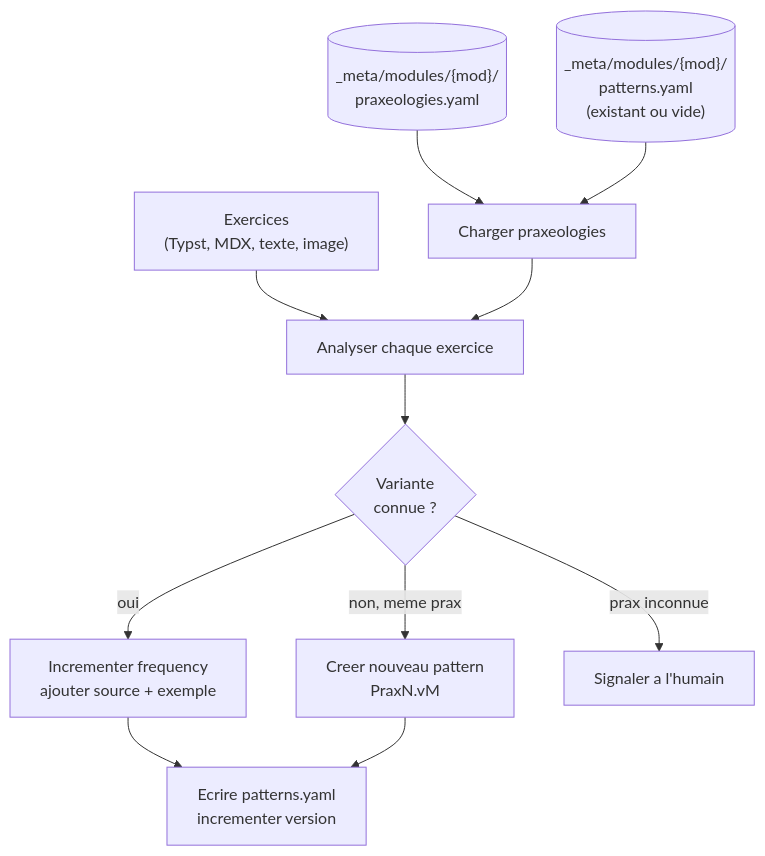
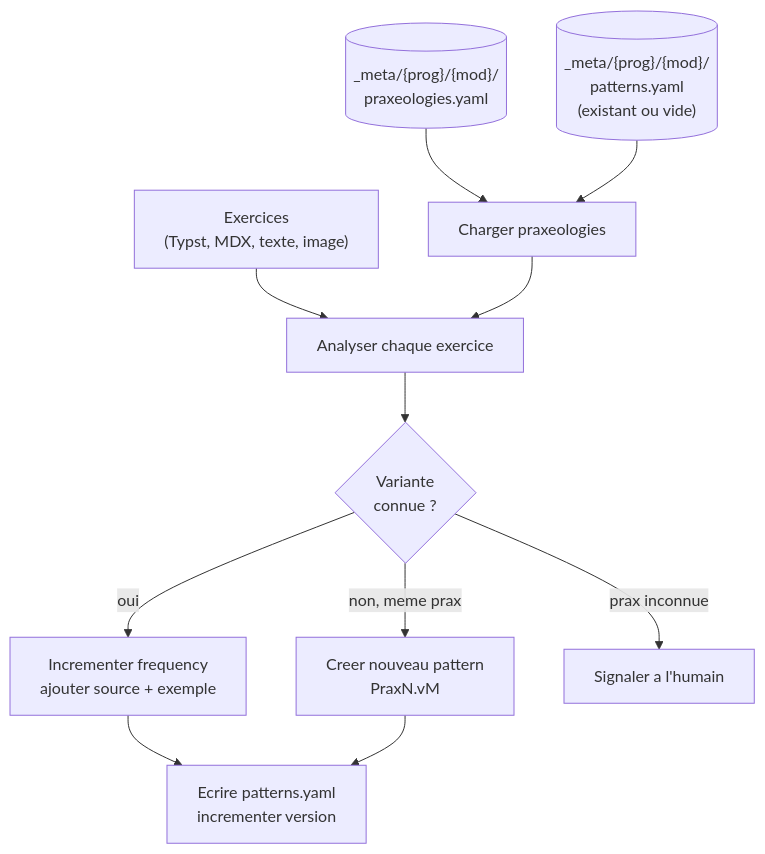
The fourth of 8 diagrams in docs/content-agentic-workflow.md (bilalYezzaGit/learning-web), drawn with Mermaid before and after one commit. The commit also changed other lines of this file and 36 other files, not shown here.

````diff
--- a/docs/content-agentic-workflow.md
+++ b/docs/content-agentic-workflow.md
@@ -188,13 +189,13 @@
 ```mermaid
 flowchart TD
-    KB[("_meta/modules/{mod}/\npraxeologies.yaml")] --> Load["Charger praxeologies"]
-    PAT[("_meta/modules/{mod}/\npatterns.yaml\n(existant ou vide)")] --> Load
+    KB[("_meta/{prog}/{mod}/\npraxeologies.yaml")] --> Load["Charger praxeologies"]
+    PAT[("_meta/{prog}/{mod}/\npatterns.yaml\n(existant ou vide)")] --> Load
     Source["Exercices\n(Typst, MDX, texte, image)"] --> Analyse["Analyser chaque exercice"]
     Load --> Analyse
     Analyse --> Class{"Variante\nconnue ?"}
     Class -->|"oui"| Incr["Incrementer frequency\najouter source + exemple"]
     Class -->|"non, meme prax"| New["Creer nouveau pattern\nPraxN.vM"]
     Class -->|"prax inconnue"| Alert["Signaler a l'humain"]
     Incr --> Write["Ecrire patterns.yaml\nincrementer version"]
     New --> Write
 ```
````
